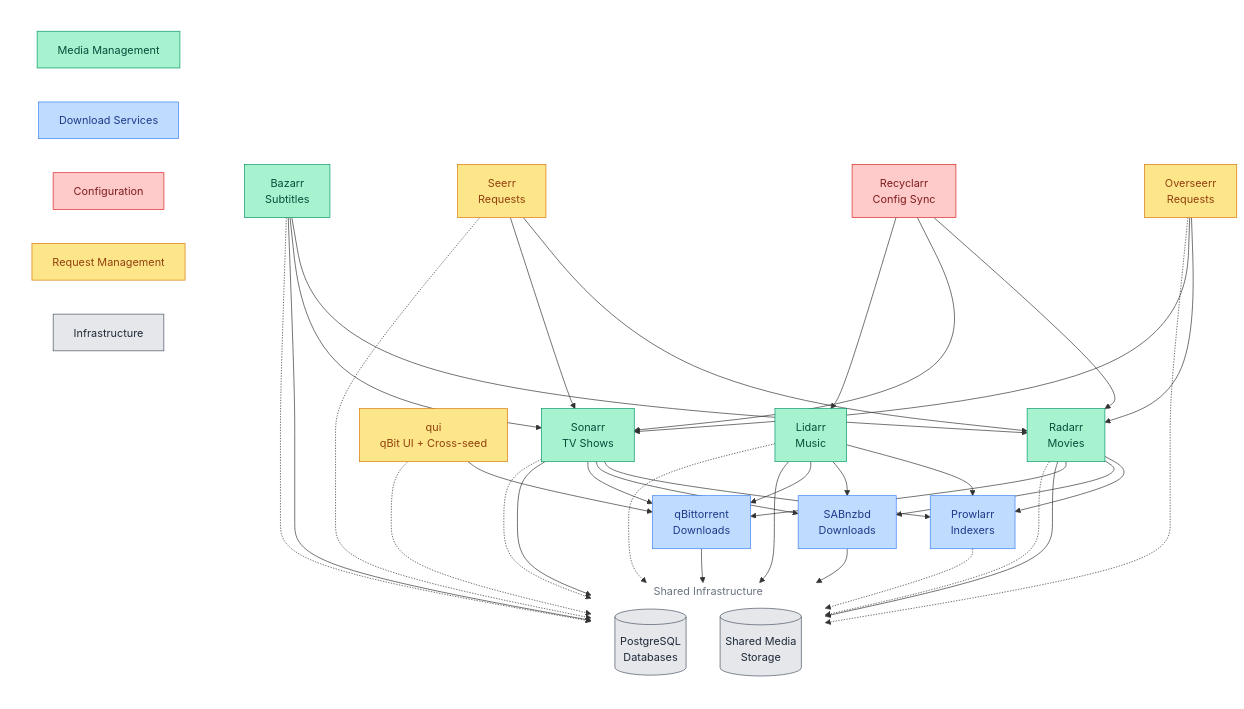
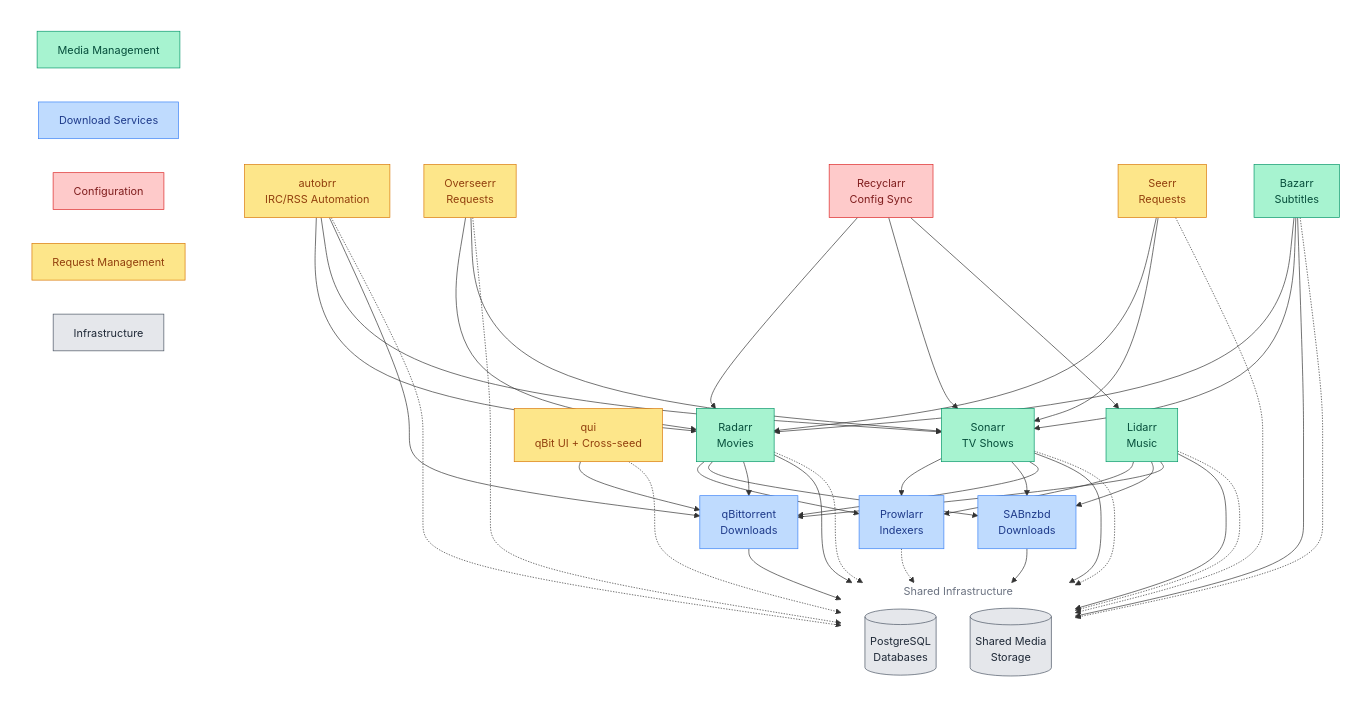
Before and after one commit to ppat/homelab-ops-kubernetes-apps: the diagram in apps/subsystems/downloaders/README.md, drawn with Mermaid. The commit also changed other lines of this file and 13 other files, not shown here.

```diff
--- a/apps/subsystems/downloaders/README.md
+++ b/apps/subsystems/downloaders/README.md
@@ -57,6 +57,7 @@
     recyclarr[Recyclarr<br/>Config Sync]:::config
 
     %% Request Management
+    autobrr[autobrr<br/>IRC/RSS Automation]:::request
     overseerr[Overseerr<br/>Requests]:::request
     seerr[Seerr<br/>Requests]:::request
     qui[qui<br/>qBit UI + Cross-seed]:::request
@@ -69,6 +70,9 @@
     end
 
     %% Request Flow
+    autobrr --> radarr
+    autobrr --> sonarr
+    autobrr --> qbittorrent
     overseerr --> radarr
     overseerr --> sonarr
     seerr --> radarr
@@ -104,6 +108,7 @@
     lidarr -.-> postgres
     bazarr -.-> postgres
     prowlarr -.-> postgres
+    autobrr -.-> postgres
     overseerr -.-> postgres
     qui -.-> postgres
     seerr -.-> postgres
```
